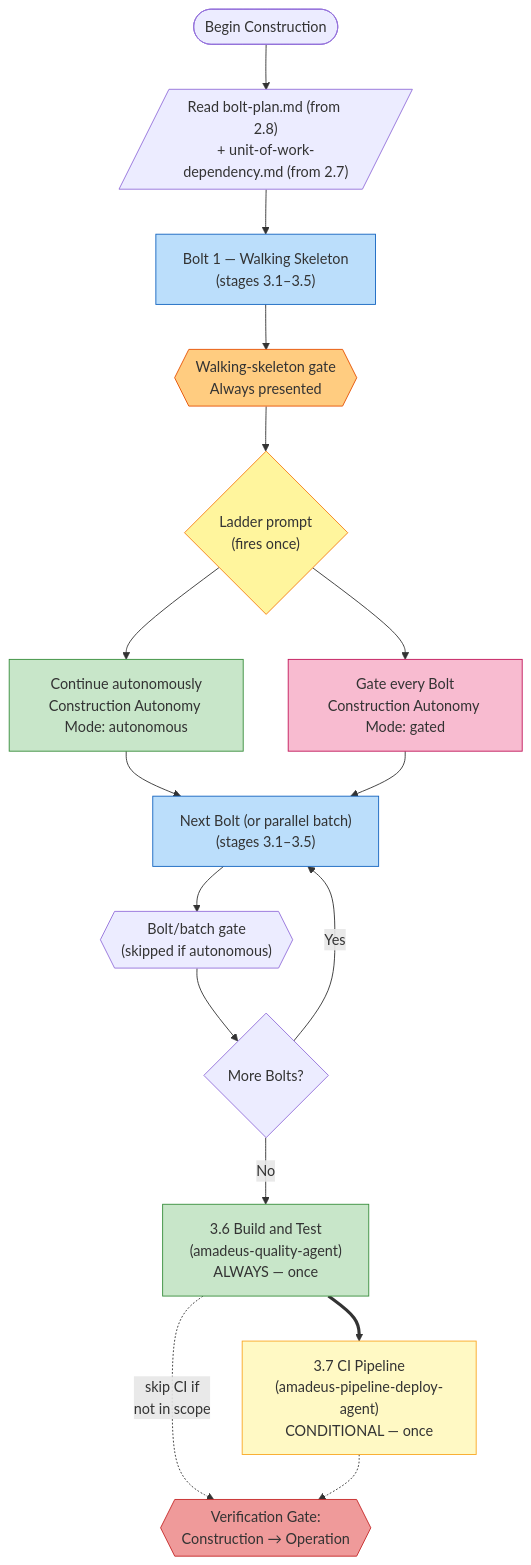
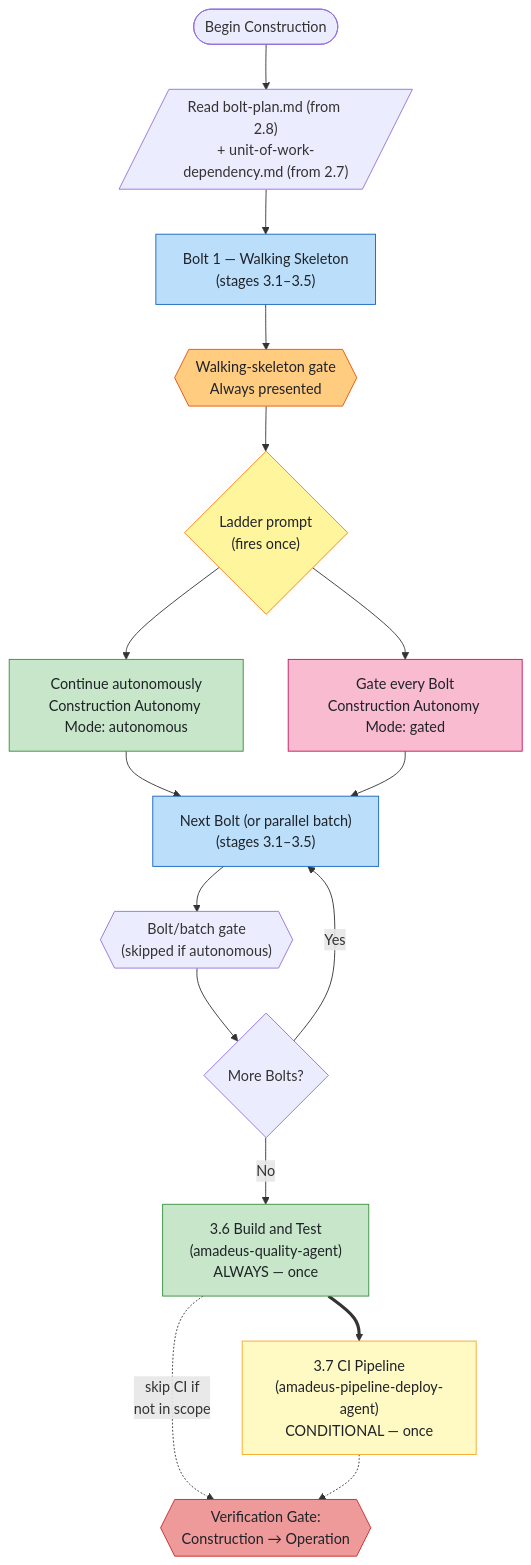
One commit to amadeus-dlc/amadeus changed the fourth of 6 diagrams in docs/guide/04-phases-and-stages.ja.md. Above: the diagram before and after it, drawn with Mermaid. The commit also changed other lines of this file and 1 other file, not shown here.

Commit message:
docs: improve Mermaid diagram contrast

````diff
--- a/docs/guide/04-phases-and-stages.ja.md
+++ b/docs/guide/04-phases-and-stages.ja.md
@@ -221,44 +221,44 @@
 ```mermaid
 flowchart TD
     START(["Begin Construction"])
     READ[/"Read bolt-plan.md (from 2.8)\n+ unit-of-work-dependency.md (from 2.7)"/]
 
     BOLT1["Bolt 1 — Walking Skeleton\n(stages 3.1–3.5)"]
     GATE1{{"Walking-skeleton gate\nAlways presented"}}
 
     LADDER{"Ladder prompt\n(fires once)"}
     MODE_AUTO["Continue autonomously\nConstruction Autonomy Mode: autonomous"]
     MODE_GATED["Gate every Bolt\nConstruction Autonomy Mode: gated"]
 
     NEXT_BATCH["Next Bolt (or parallel batch)\n(stages 3.1–3.5)"]
     GATE_N{{"Bolt/batch gate\n(skipped if autonomous)"}}
 
     MORE{"More Bolts?"}
 
     S36["3.6 Build and Test\n(amadeus-quality-agent)\nALWAYS — once"]
     S37["3.7 CI Pipeline\n(amadeus-pipeline-deploy-agent)\nCONDITIONAL — once"]
     VG3{{"Verification Gate:\nConstruction → Operation"}}
 
     START --> READ --> BOLT1 --> GATE1 --> LADDER
     LADDER --> MODE_AUTO
     LADDER --> MODE_GATED
     MODE_AUTO --> NEXT_BATCH
     MODE_GATED --> NEXT_BATCH
     NEXT_BATCH --> GATE_N
     GATE_N --> MORE
     MORE -->|"Yes"| NEXT_BATCH
     MORE -->|"No"| S36
     S36 ==> S37
     S36 -.->|"skip CI if\nnot in scope"| VG3
     S37 -.-> VG3
 
-    style BOLT1 fill:#bbdefb,stroke:#1565c0
-    style GATE1 fill:#ffcc80,stroke:#e65100
-    style LADDER fill:#fff59d,stroke:#f57f17
-    style MODE_AUTO fill:#c8e6c9,stroke:#388e3c
-    style MODE_GATED fill:#f8bbd0,stroke:#c2185b
-    style NEXT_BATCH fill:#bbdefb,stroke:#1565c0
-    style S36 fill:#c8e6c9,stroke:#388e3c
-    style S37 fill:#fff9c4,stroke:#f9a825
-    style VG3 fill:#ef9a9a,stroke:#c62828
+    style BOLT1 fill:#bbdefb,stroke:#1565c0,color:#1f2328
+    style GATE1 fill:#ffcc80,stroke:#e65100,color:#1f2328
+    style LADDER fill:#fff59d,stroke:#f57f17,color:#1f2328
+    style MODE_AUTO fill:#c8e6c9,stroke:#388e3c,color:#1f2328
+    style MODE_GATED fill:#f8bbd0,stroke:#c2185b,color:#1f2328
+    style NEXT_BATCH fill:#bbdefb,stroke:#1565c0,color:#1f2328
+    style S36 fill:#c8e6c9,stroke:#388e3c,color:#1f2328
+    style S37 fill:#fff9c4,stroke:#f9a825,color:#1f2328
+    style VG3 fill:#ef9a9a,stroke:#c62828,color:#1f2328
 ```
````
